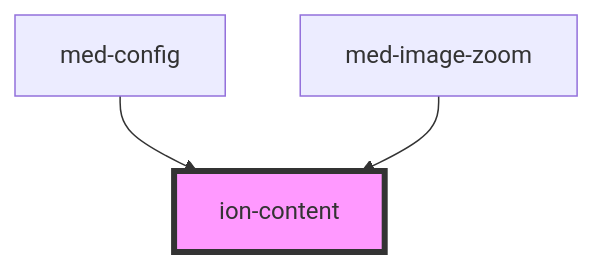
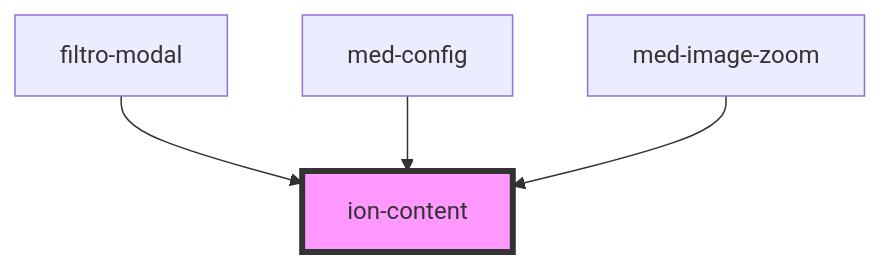
One commit to MEDGRUPOGIT/ionic-framework-1 changed the diagram in core/src/components/content/readme.md. Above: the diagram before and after it, drawn with Mermaid. The commit also changed other lines of this file and 342 other files, not shown here.

````diff
--- a/core/src/components/content/readme.md
+++ b/core/src/components/content/readme.md
@@ -269,6 +270,7 @@
 ```mermaid
 graph TD;
+  filtro-modal --> ion-content
   med-config --> ion-content
   med-image-zoom --> ion-content
   style ion-content fill:#f9f,stroke:#333,stroke-width:4px
 ```
````
